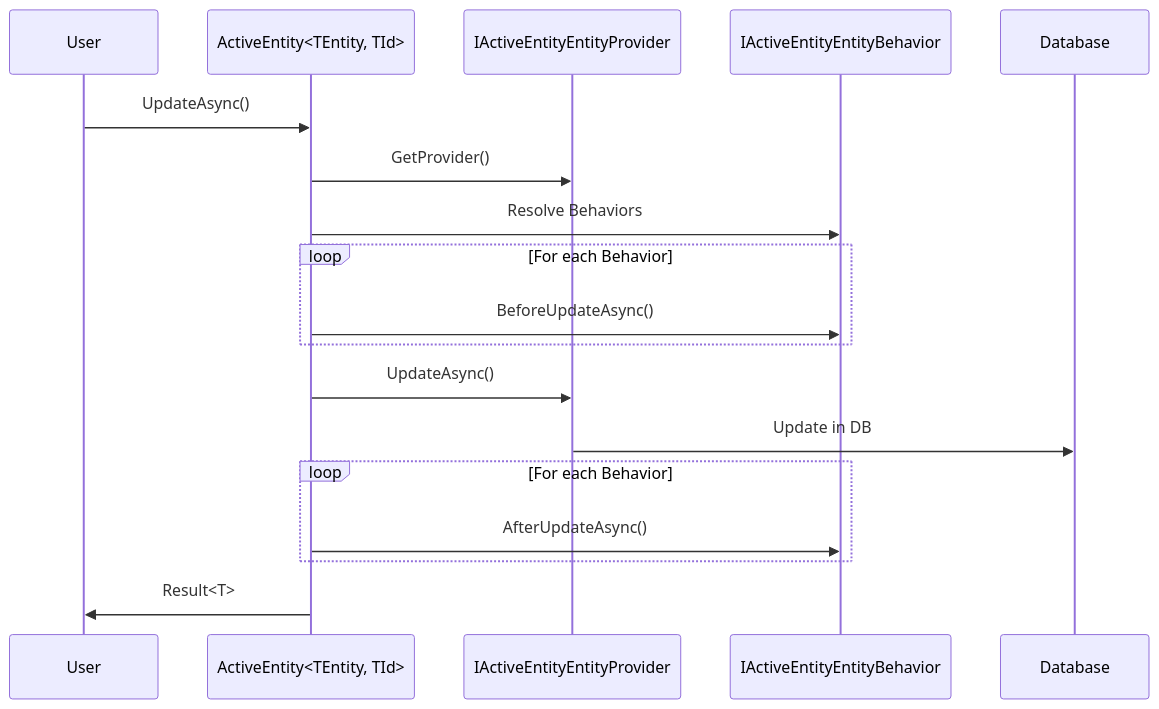
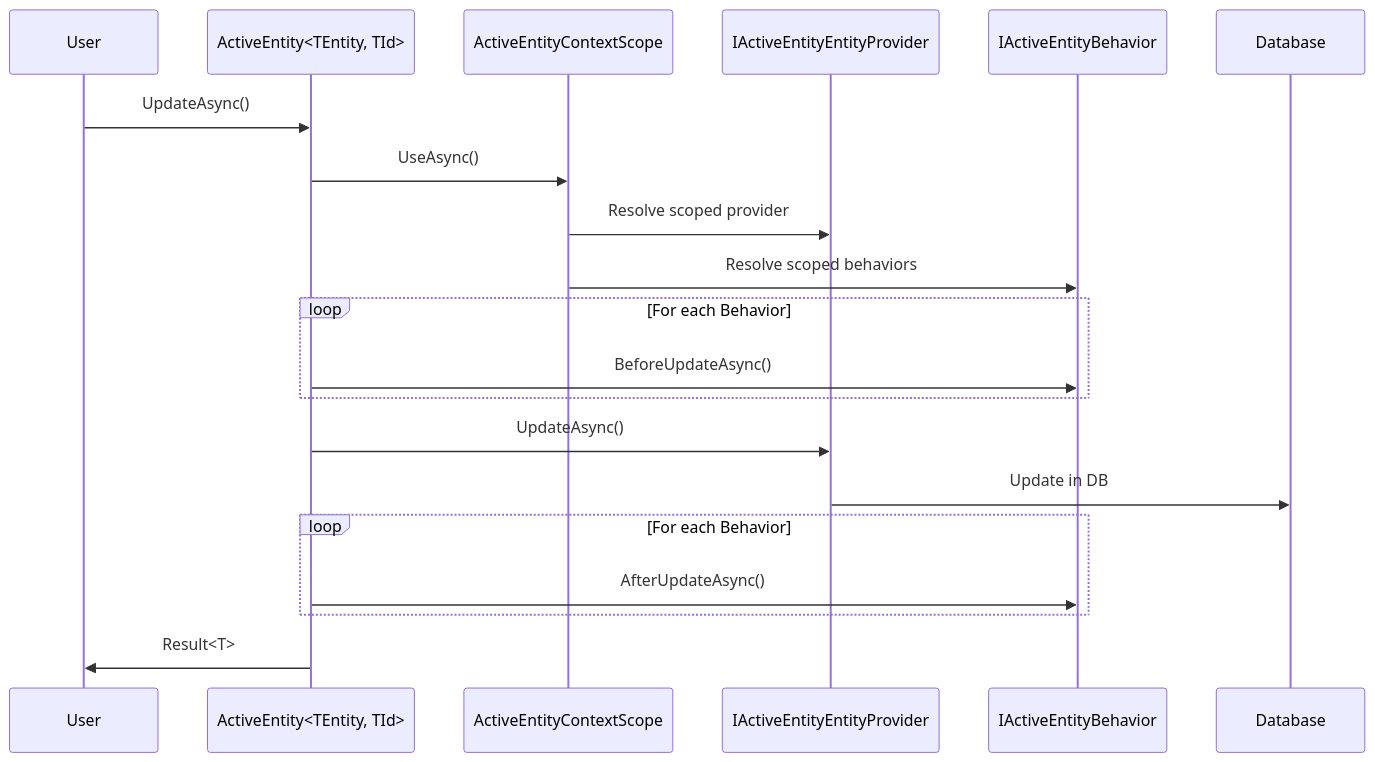
The second of 3 diagrams in docs/features-domain-activeentity.md (BridgingIT-GmbH/bITdevKit), drawn with Mermaid before and after one commit. The commit also changed other lines of this file and 62 other files, not shown here.

````diff
--- a/docs/features-domain-activeentity.md
+++ b/docs/features-domain-activeentity.md
@@ -177,21 +177,23 @@
 ```mermaid
 sequenceDiagram
     participant User
     participant Entity as ActiveEntity<TEntity, TId>
+    participant Scope as ActiveEntityContextScope
     participant Provider as IActiveEntityEntityProvider
-    participant Behavior as IActiveEntityEntityBehavior
+    participant Behavior as IActiveEntityBehavior
     participant DB as Database
 
     User->>Entity: UpdateAsync()
-    Entity->>Provider: GetProvider()
-    Entity->>Behavior: Resolve Behaviors
+    Entity->>Scope: UseAsync()
+    Scope->>Provider: Resolve scoped provider
+    Scope->>Behavior: Resolve scoped behaviors
     loop For each Behavior
         Entity->>Behavior: BeforeUpdateAsync()
     end
     Entity->>Provider: UpdateAsync()
     Provider->>DB: Update in DB
     loop For each Behavior
         Entity->>Behavior: AfterUpdateAsync()
     end
     Entity->>User: Result<T>
 ```
````
